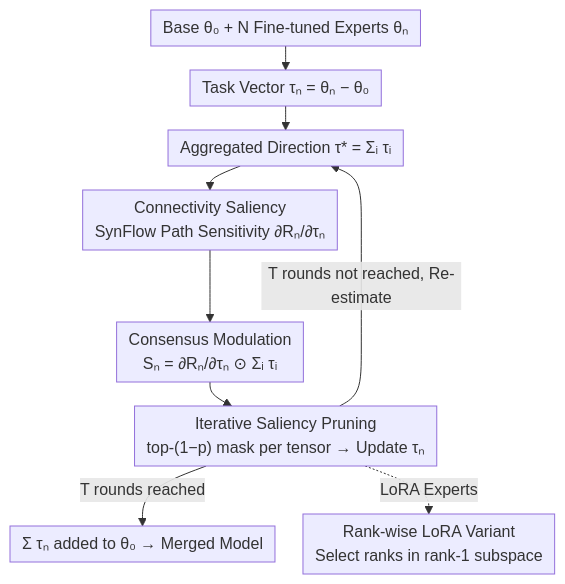
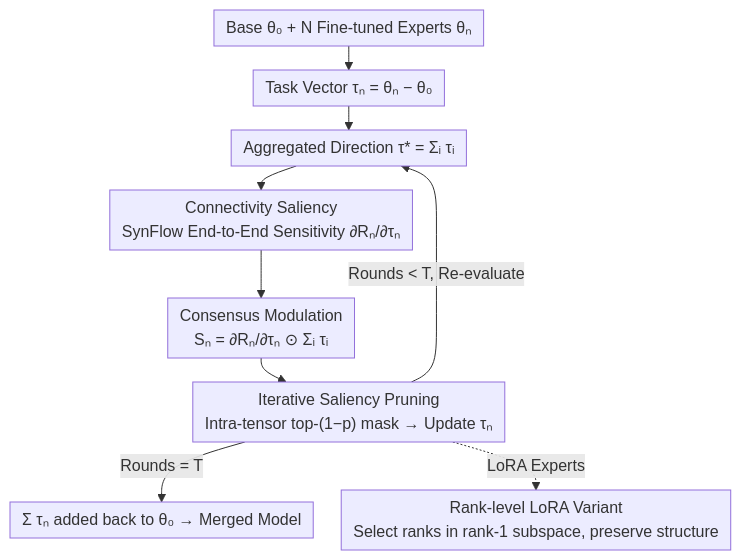
The diagram in docs/ICML2026/model_compression/saliency-aware_model_merging.md (zhaoyang97/Paper-Notes-en), drawn with Mermaid before and after one commit. The commit also changed other lines of this file and 5084 other files, not shown here.

````diff
--- a/docs/ICML2026/model_compression/saliency-aware_model_merging.md
+++ b/docs/ICML2026/model_compression/saliency-aware_model_merging.md
@@ -45,12 +45,12 @@
 ```mermaid
 %%{init: {'flowchart': {'rankSpacing': 24, 'nodeSpacing': 28, 'padding': 6, 'wrappingWidth': 400}}}%%
 flowchart TD
     A["Base θ₀ + N Fine-tuned Experts θₙ"] --> B["Task Vector τₙ = θₙ − θ₀"]
     B --> C["Aggregated Direction τ* = Σᵢ τᵢ"]
-    C --> D["Connectivity Saliency<br/>SynFlow Path Sensitivity ∂Rₙ/∂τₙ"]
+    C --> D["Connectivity Saliency<br/>SynFlow End-to-End Sensitivity ∂Rₙ/∂τₙ"]
     D --> E["Consensus Modulation<br/>Sₙ = ∂Rₙ/∂τₙ ⊙ Σᵢ τᵢ"]
-    E --> F["Iterative Saliency Pruning<br/>top-(1−p) mask per tensor → Update τₙ"]
-    F -->|T rounds not reached, Re-estimate| C
-    F -->|T rounds reached| G["Σ τₙ added to θ₀ → Merged Model"]
-    F -.->|LoRA Experts| H["Rank-wise LoRA Variant<br/>Select ranks in rank-1 subspace"]
+    E --> F["Iterative Saliency Pruning<br/>Intra-tensor top-(1−p) mask → Update τₙ"]
+    F -->|Rounds < T, Re-evaluate| C
+    F -->|Rounds = T| G["Σ τₙ added back to θ₀ → Merged Model"]
+    F -.->|LoRA Experts| H["Rank-level LoRA Variant<br/>Select ranks in rank-1 subspace, preserve structure"]
 ```
````
